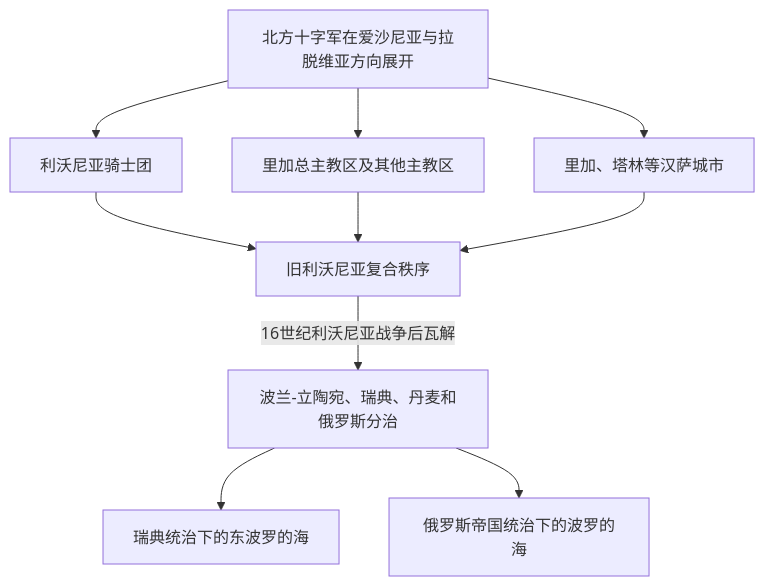
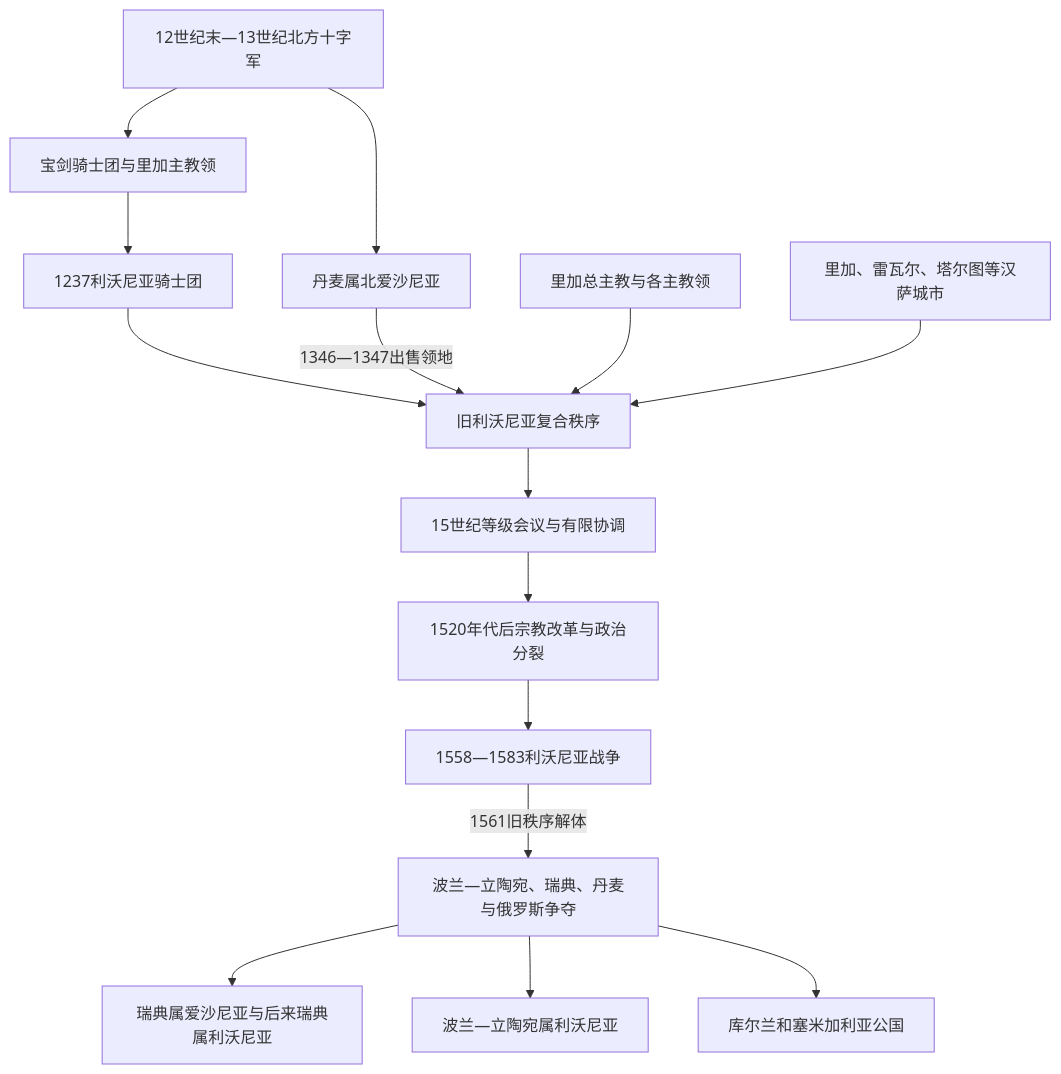
Before and after one commit to tianlan-dev/learning-notes: the diagram in 人文科学/历史/欧洲/波罗的海/利沃尼亚.md, drawn with Mermaid. The commit also changed other lines of this file and 1417 other files, not shown here.

````diff
--- a/人文科学/历史/欧洲/波罗的海/利沃尼亚.md
+++ b/人文科学/历史/欧洲/波罗的海/利沃尼亚.md
@@ -17,12 +25,17 @@
 ```mermaid
 flowchart TD
-    Crusades["北方十字军在爱沙尼亚与拉脱维亚方向展开"] --> LivonianOrder["利沃尼亚骑士团"]
-    Crusades --> Bishoprics["里加总主教区及其他主教区"]
-    Crusades --> Cities["里加、塔林等汉萨城市"]
-    LivonianOrder --> Confederation["旧利沃尼亚复合秩序"]
-    Bishoprics --> Confederation
-    Cities --> Confederation
-    Confederation -->|16世纪利沃尼亚战争后瓦解| Partition["波兰-立陶宛、瑞典、丹麦和俄罗斯分治"]
-    Partition --> SwedishBaltic["瑞典统治下的东波罗的海"]
-    Partition --> RussianBaltic["俄罗斯帝国统治下的波罗的海"]
+    Crusades["12世纪末—13世纪北方十字军"] --> SwordBrothers["宝剑骑士团与里加主教领"]
+    Crusades --> DanishEstonia["丹麦属北爱沙尼亚"]
+    SwordBrothers --> LivonianOrder["1237利沃尼亚骑士团"]
+    LivonianOrder --> OldLivonia["旧利沃尼亚复合秩序"]
+    DanishEstonia -->|1346—1347出售领地| OldLivonia
+    Archbishoprics["里加总主教与各主教领"] --> OldLivonia
+    HanseCities["里加、雷瓦尔、塔尔图等汉萨城市"] --> OldLivonia
+    OldLivonia --> Diet["15世纪等级会议与有限协调"]
+    Diet --> Reformation["1520年代后宗教改革与政治分裂"]
+    Reformation --> LivonianWar["1558—1583利沃尼亚战争"]
+    LivonianWar -->|1561旧秩序解体| Partition["波兰—立陶宛、瑞典、丹麦与俄罗斯争夺"]
+    Partition --> SwedishBaltic["瑞典属爱沙尼亚与后来瑞典属利沃尼亚"]
+    Partition --> PolishLivonia["波兰—立陶宛属利沃尼亚"]
+    Partition --> Courland["库尔兰和塞米加利亚公国"]
 ```
````
